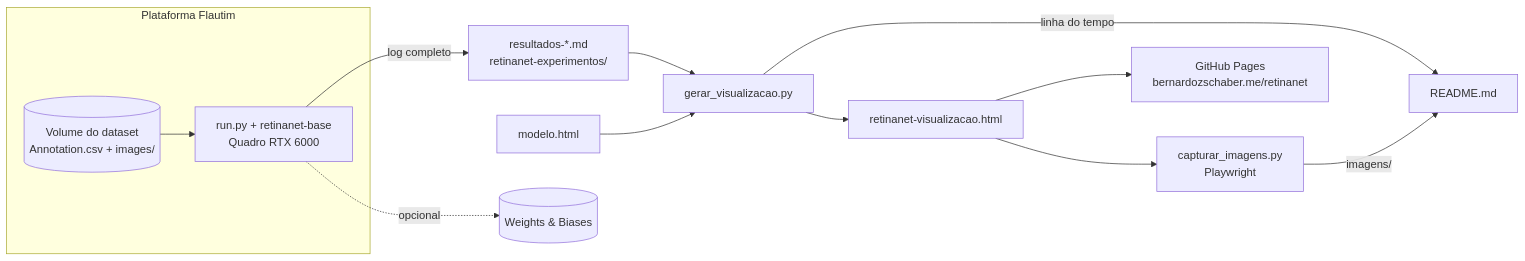
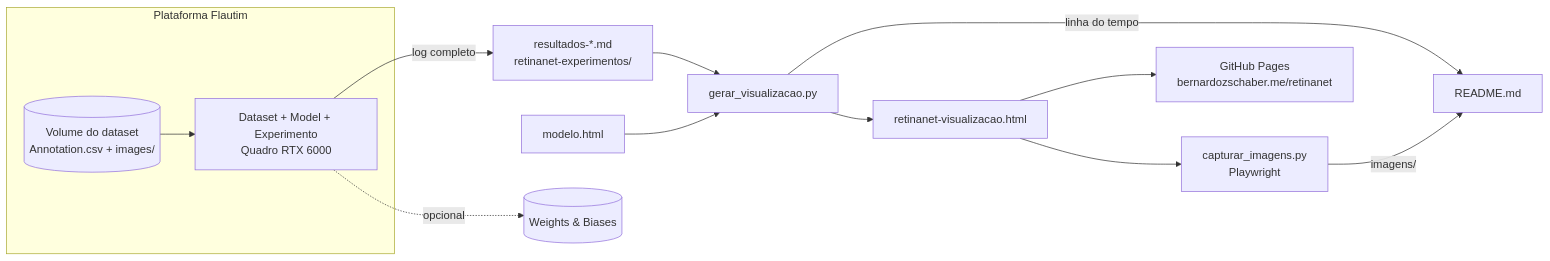
The third of 3 diagrams in README.md (bernardozschaber/retinanet), drawn with Mermaid before and after one commit. The commit also changed other lines of this file and 1 other file, not shown here.

Commit message:
docs(retinanet): rename thesis results file and document the new layout

````diff
--- a/README.md
+++ b/README.md
@@ -205,15 +209,15 @@
 ```mermaid
 flowchart LR
     subgraph Flautim[Plataforma Flautim]
-        Vol[(Volume do dataset<br/>Annotation.csv + images/)] --> Treino[run.py + retinanet-base<br/>Quadro RTX 6000]
+        Vol[(Volume do dataset<br/>Annotation.csv + images/)] --> Treino[Dataset + Model + Experimento<br/>Quadro RTX 6000]
     end
     Treino -->|log completo| Logs[resultados-*.md<br/>retinanet-experimentos/]
     Logs --> Gerador[gerar_visualizacao.py]
     Modelo[modelo.html] --> Gerador
     Gerador --> Painel[retinanet-visualizacao.html]
     Gerador -->|linha do tempo| Readme[README.md]
     Painel --> Captura[capturar_imagens.py<br/>Playwright]
     Captura -->|imagens/| Readme
     Painel --> Pages[GitHub Pages<br/>bernardozschaber.me/retinanet]
     Treino -. opcional .-> WandB[(Weights & Biases)]
 ```
````
